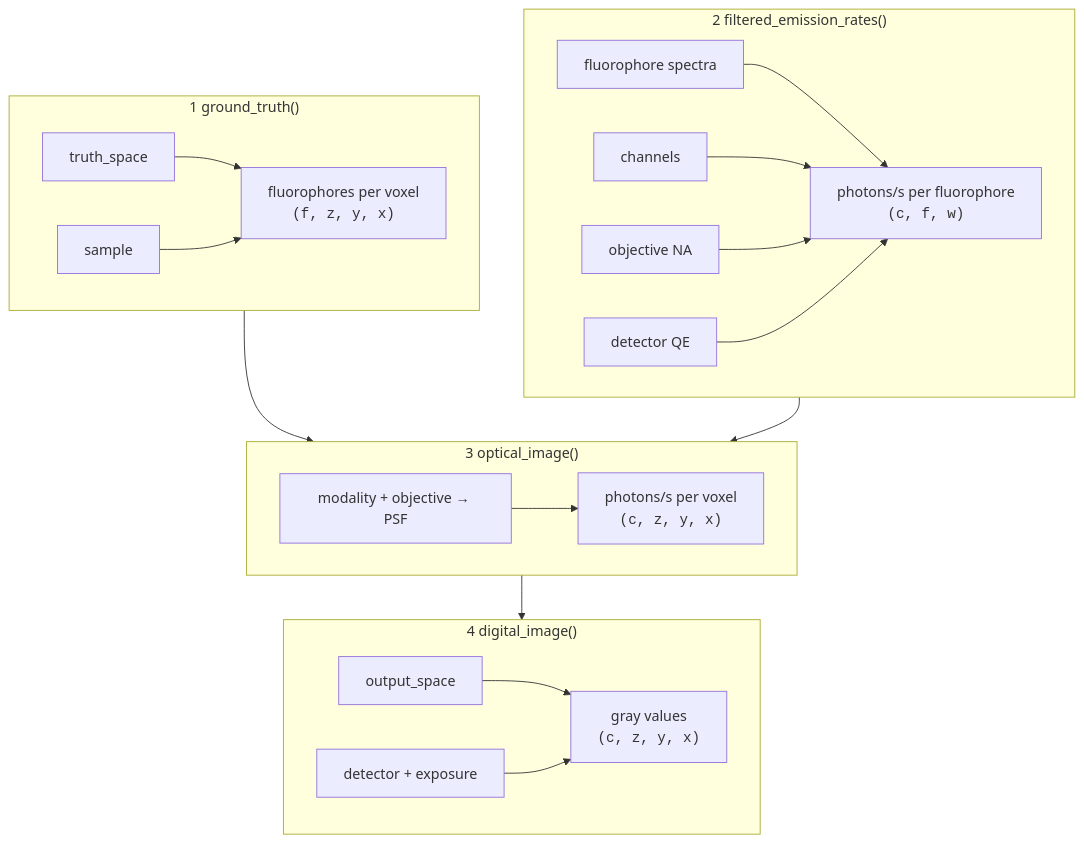
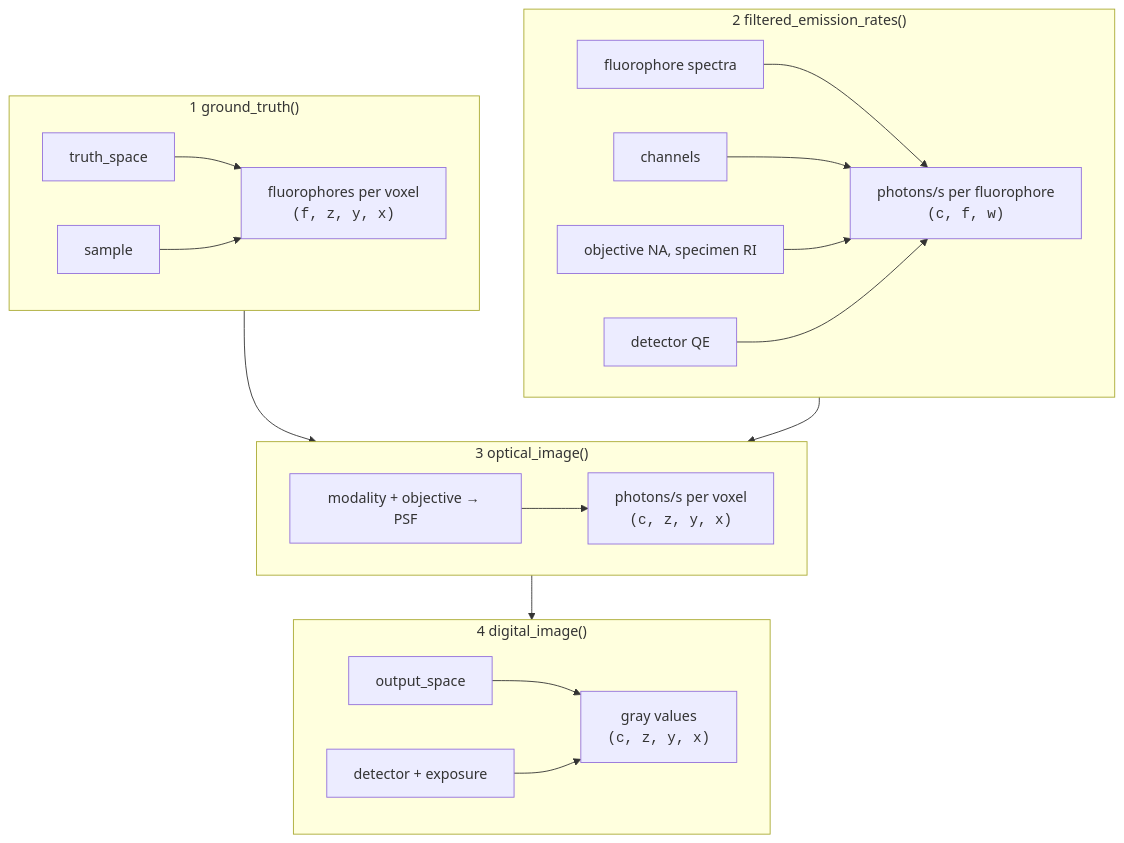
One commit to tlambert03/microsim changed the diagram in docs/guide/index.md. Above: the diagram before and after it, drawn with Mermaid. The commit also changed other lines of this file and 10 other files, not shown here.

````diff
--- a/docs/guide/index.md
+++ b/docs/guide/index.md
@@ -37,27 +37,27 @@
 ``` mermaid
 flowchart TB
     subgraph S1 ["<span class='ms-stage'>1</span> ground_truth()"]
       direction LR
       sp[truth_space] --> gt["fluorophores per voxel<br/><code>(f, z, y, x)</code>"]
       sa[sample] --> gt
     end
     subgraph S2 ["<span class='ms-stage'>2</span> filtered_emission_rates()"]
       direction LR
       fl[fluorophore spectra] --> em["photons/s per fluorophore<br/><code>(c, f, w)</code>"]
       ch[channels] --> em
-      ob1[objective NA] --> em
+      ob1[objective NA, specimen RI] --> em
       dq[detector QE] --> em
     end
     subgraph S3 ["<span class='ms-stage'>3</span> optical_image()"]
       direction LR
       mo[modality + objective → PSF] --> oi["photons/s per voxel<br/><code>(c, z, y, x)</code>"]
     end
     subgraph S4 ["<span class='ms-stage'>4</span> digital_image()"]
       direction LR
       os[output_space] --> di["gray values<br/><code>(c, z, y, x)</code>"]
       de[detector + exposure] --> di
     end
     S1 --> S3
     S2 --> S3
     S3 --> S4
 ```
````
